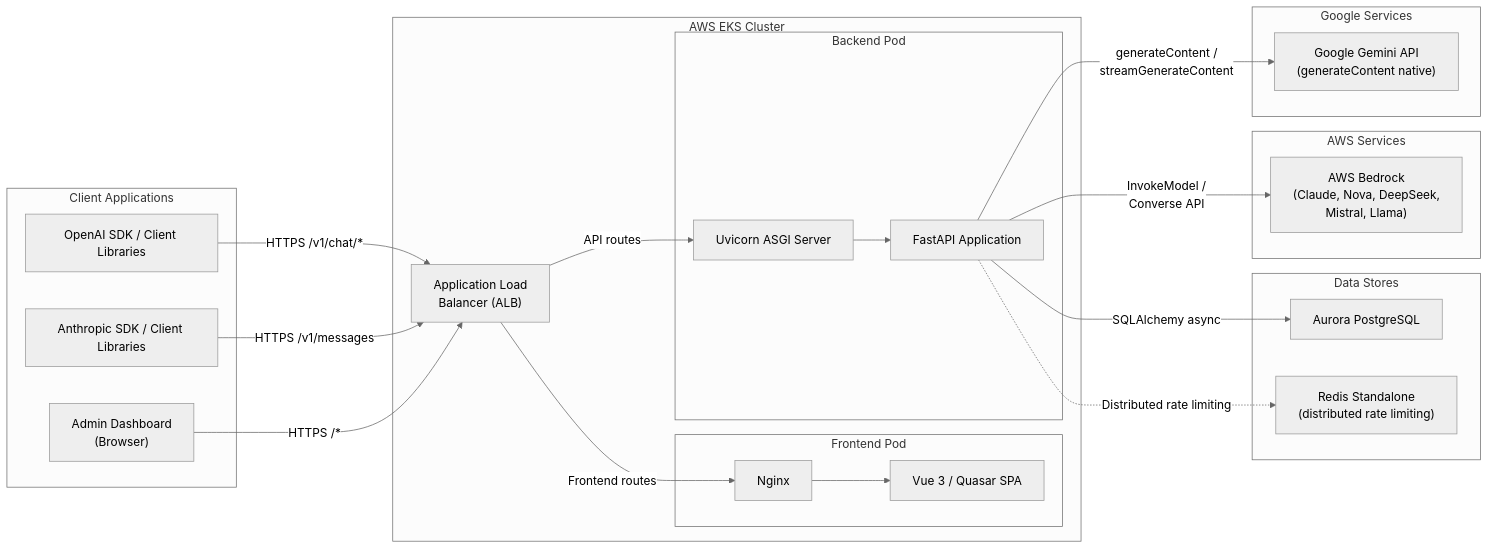
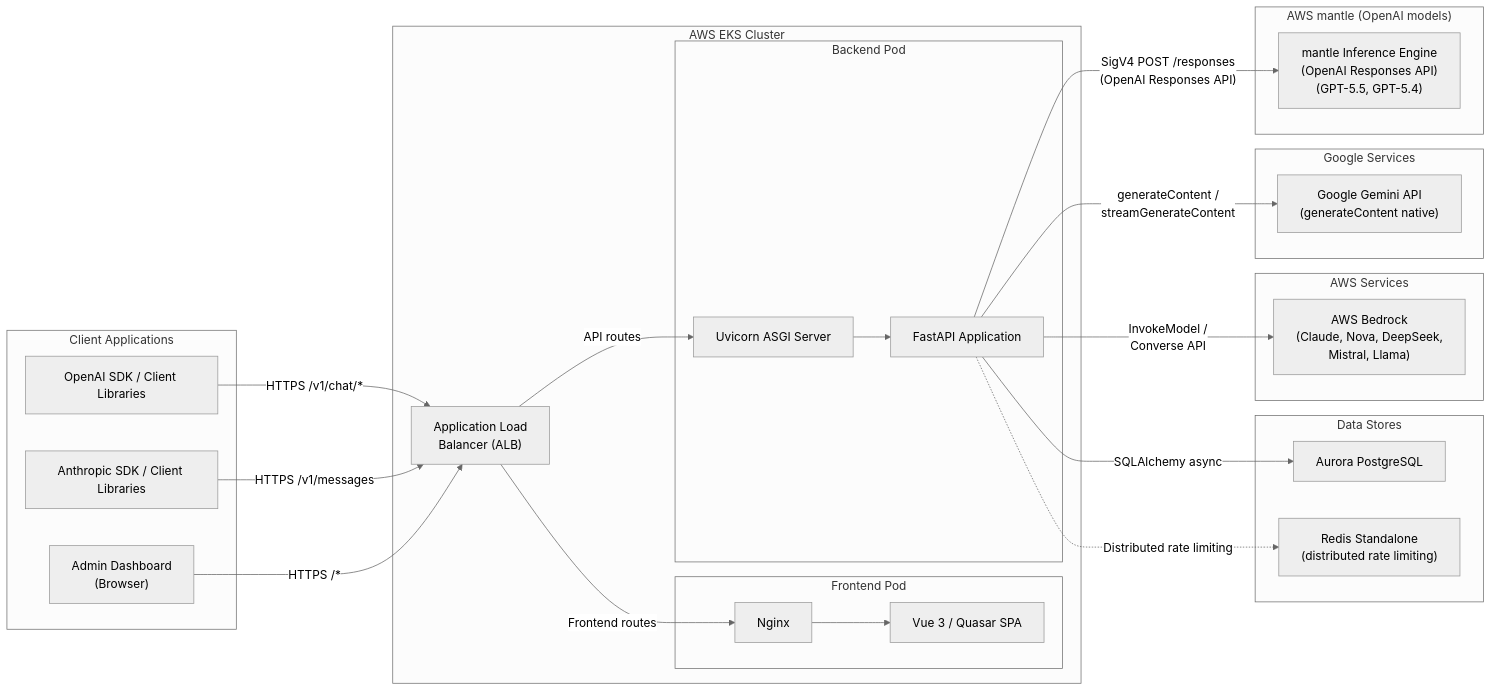
One commit to aws-samples/sample-kolya-br-proxy changed the first of 12 diagrams in docs/architecture.md. Above: the diagram before and after it, drawn with Mermaid (neutral theme). The commit also changed other lines of this file and 9 other files, not shown here.

First line of the commit message:
docs: 补充 OpenAI GPT-5.5/5.4 (mantle) 相关文档

````diff
--- a/docs/architecture.md
+++ b/docs/architecture.md
@@ -24,47 +24,52 @@
 ```mermaid
 graph LR
     subgraph Clients ["Client Applications"]
         OAI["OpenAI SDK / Client Libraries"]
         Anthropic_SDK["Anthropic SDK / Client Libraries"]
         Browser["Admin Dashboard<br/>(Browser)"]
     end
 
     subgraph AWS_EKS ["AWS EKS Cluster"]
         subgraph Frontend_Pod ["Frontend Pod"]
             Nginx["Nginx"]
             Vue["Vue 3 / Quasar SPA"]
         end
 
         subgraph Backend_Pod ["Backend Pod"]
             Uvicorn["Uvicorn ASGI Server"]
             FastAPI["FastAPI Application"]
         end
 
         ALB["Application Load<br/>Balancer (ALB)"]
     end
 
     subgraph Data_Stores ["Data Stores"]
         PG["Aurora PostgreSQL"]
         Redis["Redis Standalone<br/>(distributed rate limiting)"]
     end
 
     subgraph AWS_Services ["AWS Services"]
         Bedrock["AWS Bedrock<br/>(Claude, Nova, DeepSeek,<br/>Mistral, Llama)"]
     end
 
     subgraph Google_Services ["Google Services"]
         Gemini["Google Gemini API<br/>(generateContent native)"]
     end
 
+    subgraph Mantle_Services ["AWS mantle (OpenAI models)"]
+        Mantle["mantle Inference Engine<br/>(OpenAI Responses API)<br/>(GPT-5.5, GPT-5.4)"]
+    end
+
     OAI -->|"HTTPS /v1/chat/*"| ALB
     Anthropic_SDK -->|"HTTPS /v1/messages"| ALB
     Browser -->|"HTTPS /*"| ALB
     ALB -->|"Frontend routes"| Nginx
     ALB -->|"API routes"| Uvicorn
     Nginx --> Vue
     Uvicorn --> FastAPI
     FastAPI -->|"InvokeModel /<br/>Converse API"| Bedrock
     FastAPI -->|"generateContent /<br/>streamGenerateContent"| Gemini
+    FastAPI -->|"SigV4 POST /responses<br/>(OpenAI Responses API)"| Mantle
     FastAPI -->|"SQLAlchemy async"| PG
     FastAPI -.->|"Distributed rate limiting"| Redis
 ```
````
